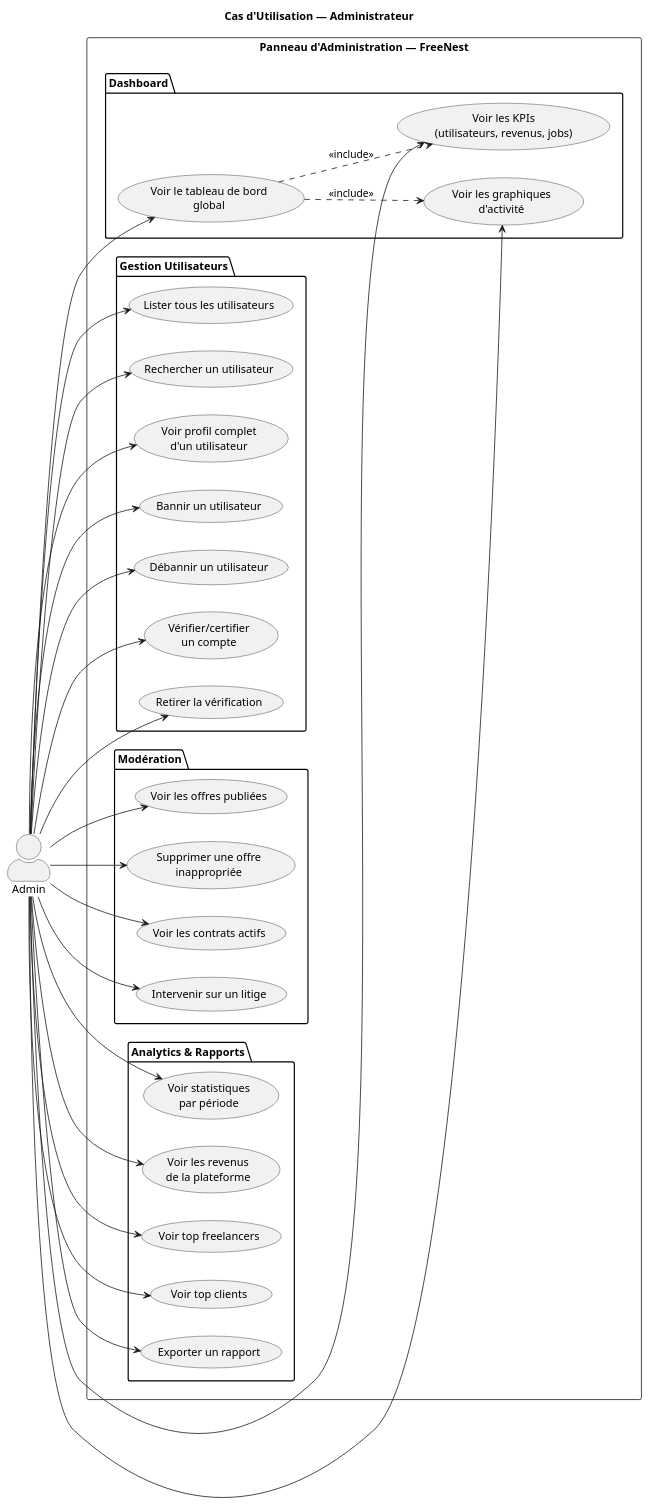
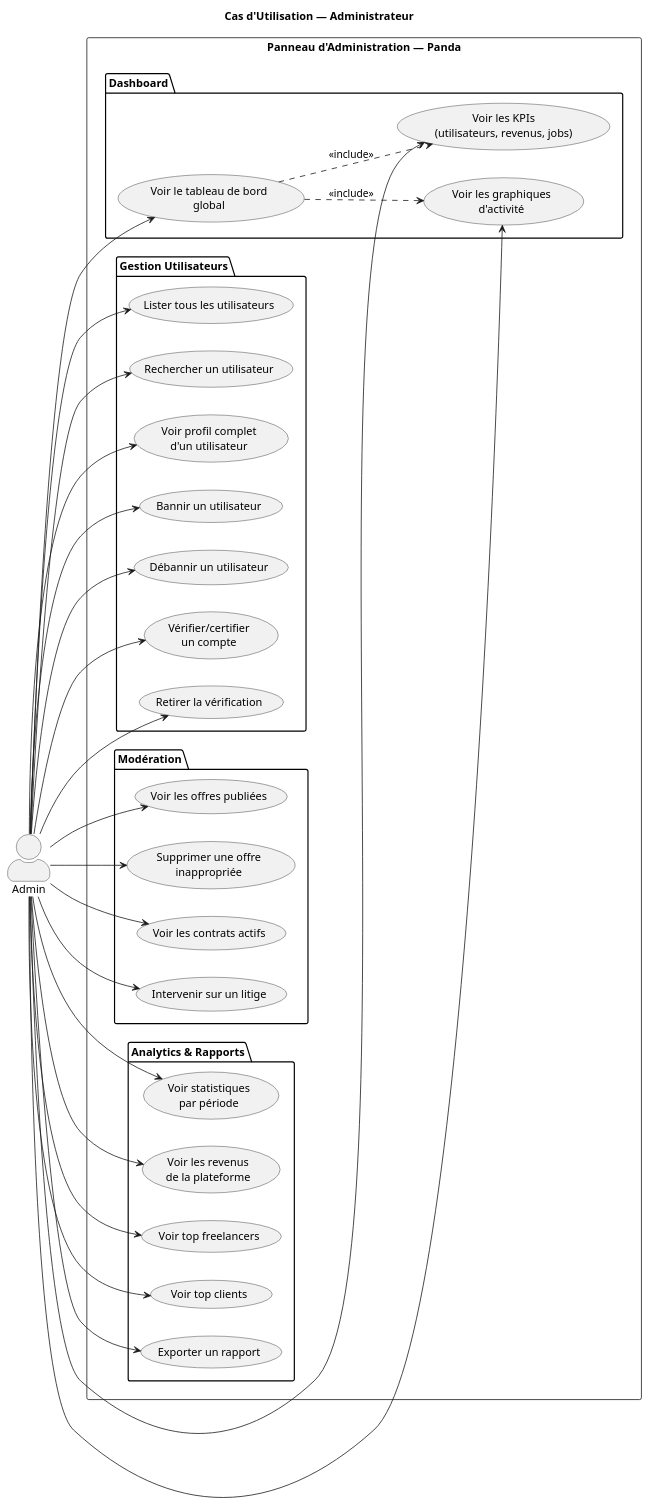
The fourth of 21 diagrams in documentation/uml_diagrams.md (fasko666/PFE01), drawn with PlantUML before and after one commit. The commit also changed other lines of this file and 122 other files, not shown here.

Commit message:
Add UML diagram images, Panda docs, Enterprise page and update backend/frontend

````diff
--- a/documentation/uml_diagrams.md
+++ b/documentation/uml_diagrams.md
@@ -417,67 +417,67 @@
 ```plantuml
 @startuml UC04_Admin
 left to right direction
 skinparam actorStyle awesome
 title Cas d'Utilisation — Administrateur
 
 actor "Admin" as ADM
 
-rectangle "Panneau d'Administration — FreeNest" {
+rectangle "Panneau d'Administration — Panda" {
 
   package "Dashboard" {
     usecase "Voir le tableau de bord\nglobal" as DASH
     usecase "Voir les KPIs\n(utilisateurs, revenus, jobs)" as KPI
     usecase "Voir les graphiques\nd'activité" as CHARTS
   }
 
   package "Gestion Utilisateurs" {
     usecase "Lister tous les utilisateurs" as LIST_USERS
     usecase "Rechercher un utilisateur" as SEARCH_USER
     usecase "Voir profil complet\nd'un utilisateur" as VIEW_USER
     usecase "Bannir un utilisateur" as BAN_USER
     usecase "Débannir un utilisateur" as UNBAN_USER
     usecase "Vérifier/certifier\nun compte" as VERIFY_USER
     usecase "Retirer la vérification" as UNVERIFY_USER
   }
 
   package "Modération" {
     usecase "Voir les offres publiées" as VIEW_JOBS
     usecase "Supprimer une offre\ninappropriée" as DEL_JOB
     usecase "Voir les contrats actifs" as VIEW_CONTRACTS
     usecase "Intervenir sur un litige" as RESOLVE_DISPUTE
   }
 
   package "Analytics & Rapports" {
     usecase "Voir statistiques\npar période" as STATS
     usecase "Voir les revenus\nde la plateforme" as REVENUE
     usecase "Voir top freelancers" as TOP_FL
     usecase "Voir top clients" as TOP_CL
     usecase "Exporter un rapport" as EXPORT
   }
 }
 
 ADM --> DASH
 ADM --> KPI
 ADM --> CHARTS
 ADM --> LIST_USERS
 ADM --> SEARCH_USER
 ADM --> VIEW_USER
 ADM --> BAN_USER
 ADM --> UNBAN_USER
 ADM --> VERIFY_USER
 ADM --> UNVERIFY_USER
 ADM --> VIEW_JOBS
 ADM --> DEL_JOB
 ADM --> VIEW_CONTRACTS
 ADM --> RESOLVE_DISPUTE
 ADM --> STATS
 ADM --> REVENUE
 ADM --> TOP_FL
 ADM --> TOP_CL
 ADM --> EXPORT
 
 DASH ..> KPI : <<include>>
 DASH ..> CHARTS : <<include>>
 
 @enduml
 ```
````
